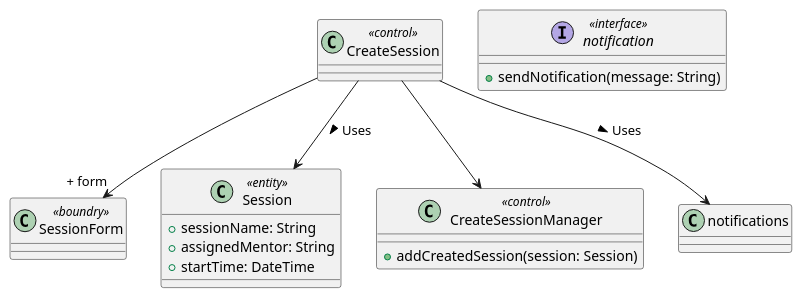
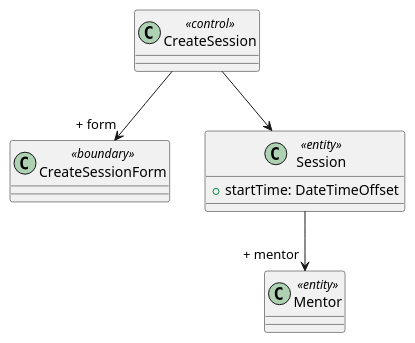
One commit to bmb0136/COMP-3700-Project changed the second of 2 diagrams in Use Cases/CreateSession.iuml. Above: the diagram before and after it, drawn with PlantUML. The commit also changed 1 other file, not shown here.

Commit message:
move create session obj model to correct file

```diff
--- a/Use Cases/CreateSession.iuml
+++ b/Use Cases/CreateSession.iuml
@@ -38,19 +38,11 @@
-@startuml
+@startuml Create Session Object Model
 class CreateSession <<control>>
-class SessionForm <<boundry>>
+class CreateSessionForm <<boundary>>
+class Mentor <<entity>> {}
 class Session <<entity>> {
-  + sessionName: String 
-  + assignedMentor: String
-  + startTime: DateTime
+  + startTime: DateTimeOffset
 }
-class CreateSessionManager <<control>>{
-  + addCreatedSession(session: Session)
-}
-interface notification <<interface>> {
-  + sendNotification(message: String)
-}
-CreateSession --> "+ form" SessionForm
-CreateSession --> Session : Uses >
-CreateSession --> CreateSessionManager
-CreateSession --> notifications : Uses >
+CreateSession --> "+ form" CreateSessionForm
+CreateSession --> Session
+Session --> "+ mentor" Mentor
 @enduml
```
